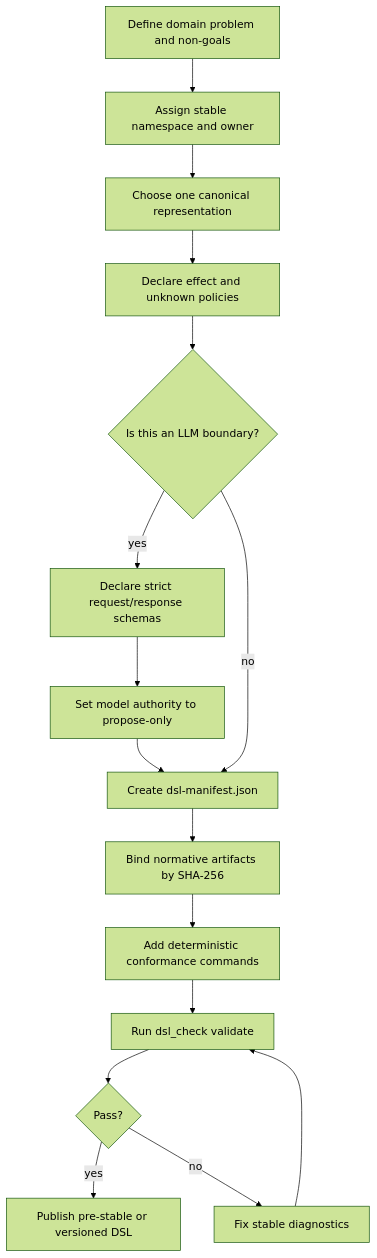
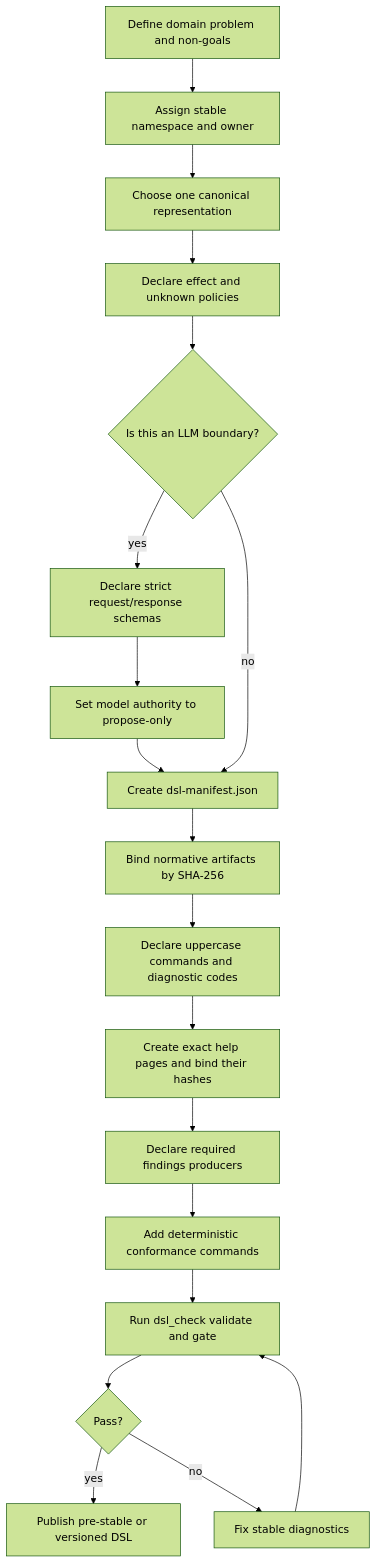
One commit to wellmanifest/dsl changed the first of 6 diagrams in docs/LOGIC_FLOW.md. Above: the diagram before and after it, drawn with Mermaid (forest theme). The commit also changed other lines of this file and 12 other files, not shown here.

````diff
--- a/docs/LOGIC_FLOW.md
+++ b/docs/LOGIC_FLOW.md
@@ -5,24 +5,27 @@
 ```mermaid
 flowchart TD
     A[Define domain problem and non-goals]
     B[Assign stable namespace and owner]
     C[Choose one canonical representation]
     D[Declare effect and unknown policies]
     E{Is this an LLM boundary?}
     F[Declare strict request/response schemas]
     G[Set model authority to propose-only]
     H[Create dsl-manifest.json]
     I[Bind normative artifacts by SHA-256]
-    J[Add deterministic conformance commands]
-    K[Run dsl_check validate]
+    J[Declare uppercase commands and diagnostic codes]
+    K[Create exact help pages and bind their hashes]
+    P[Declare required findings producers]
+    Q[Add deterministic conformance commands]
+    R[Run dsl_check validate and gate]
     L{Pass?}
     M[Publish pre-stable or versioned DSL]
     N[Fix stable diagnostics]
 
     A --> B --> C --> D --> E
     E -->|yes| F --> G --> H
     E -->|no| H
-    H --> I --> J --> K --> L
+    H --> I --> J --> K --> P --> Q --> R --> L
     L -->|yes| M
-    L -->|no| N --> K
+    L -->|no| N --> R
 ```
````
